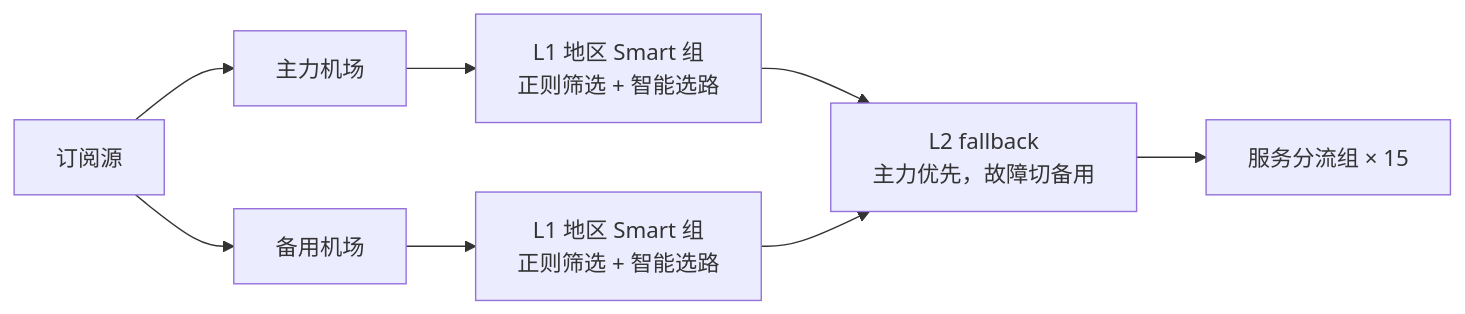
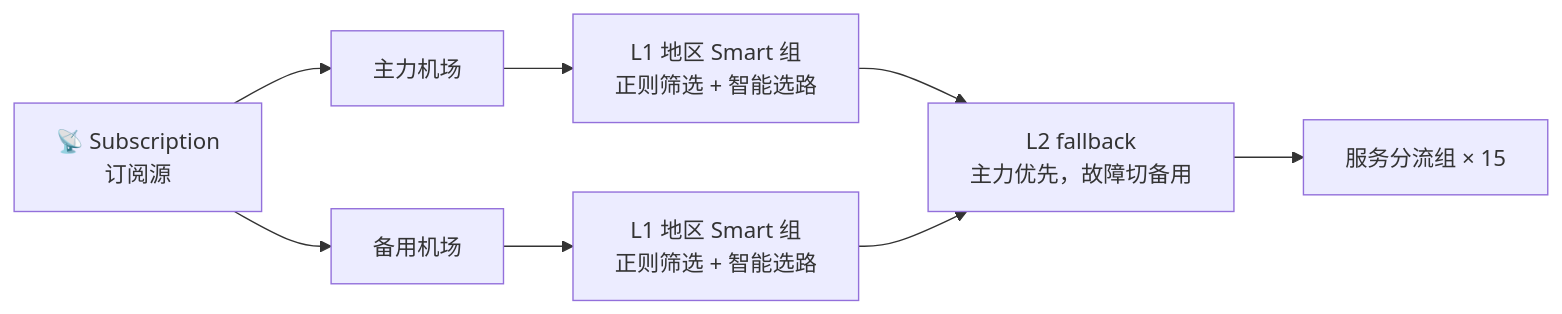
Before and after one commit to Yixuling/surge-rulekit: the second of 2 diagrams in README.md, drawn with Mermaid. The commit also changed other lines of this file, not shown here.

````diff
--- a/README.md
+++ b/README.md
@@ -32,7 +99,8 @@
 ```mermaid
 flowchart LR
-    S[订阅源] --> A[主力机场] & B[备用机场]
+    S["📡 Subscription<br>订阅源"] --> A[主力机场] & B[备用机场]
     A --> L1A["L1 地区 Smart 组<br>正则筛选 + 智能选路"]
     B --> L1B["L1 地区 Smart 组<br>正则筛选 + 智能选路"]
-    L1A & L1B --> L2["L2 fallback<br>主力优先，故障切备用"] --> G["服务分流组 × 15"]
+    L1A & L1B --> L2["L2 fallback<br>主力优先，故障切备用"]
+    L2 --> G["服务分流组 × 15"]
 ```
````
